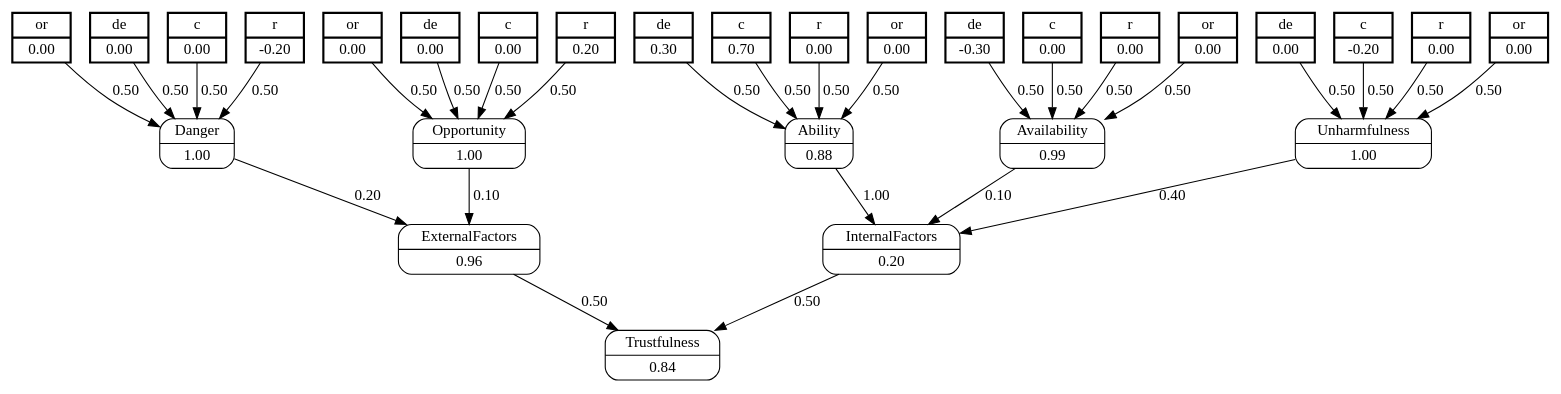
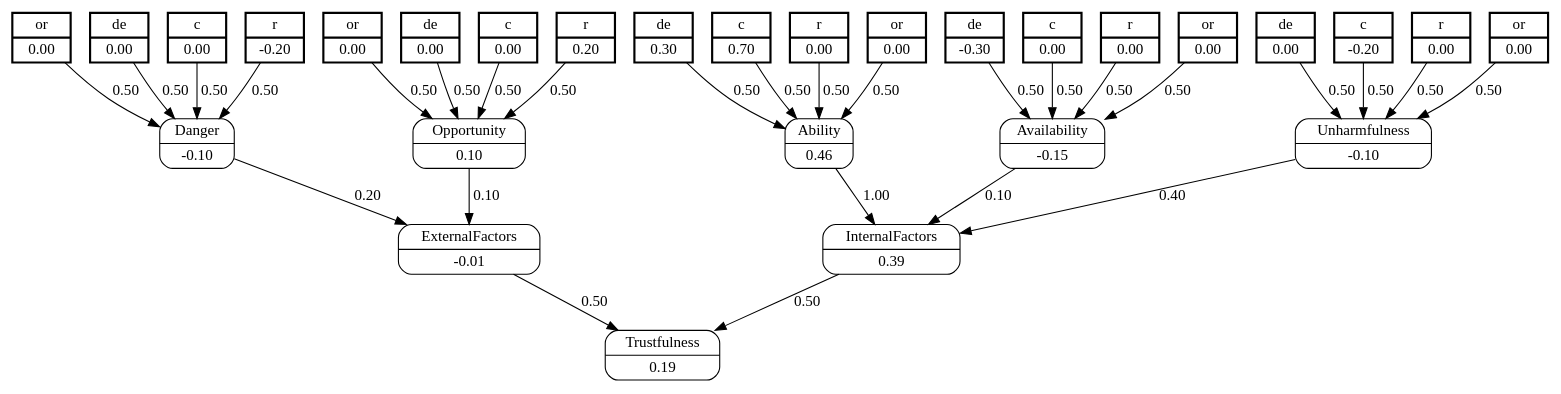
One commit to jjbaqueta/Trust-Model changed the diagram in trustExperiment/dots/fuzzyMap.dot. Above: the diagram before and after it, drawn with Graphviz. The commit also changed 20 other files, not shown here.

```diff
--- a/trustExperiment/dots/fuzzyMap.dot
+++ b/trustExperiment/dots/fuzzyMap.dot
@@ -1,72 +1,72 @@
 digraph FCM_net{
 	node [shape=record, style=rounded]
 	0 [label="{de | 0.30}", style=bold, penwidth=2, peripheries=2];
 	1 [label="{c | 0.70}", style=bold, penwidth=2, peripheries=2];
 	2 [label="{r | 0.00}", style=bold, penwidth=2, peripheries=2];
 	3 [label="{or | 0.00}", style=bold, penwidth=2, peripheries=2];
 	4 [label="{de | -0.30}", style=bold, penwidth=2, peripheries=2];
 	5 [label="{c | 0.00}", style=bold, penwidth=2, peripheries=2];
 	6 [label="{r | 0.00}", style=bold, penwidth=2, peripheries=2];
 	7 [label="{or | 0.00}", style=bold, penwidth=2, peripheries=2];
 	8 [label="{de | 0.00}", style=bold, penwidth=2, peripheries=2];
 	9 [label="{c | -0.20}", style=bold, penwidth=2, peripheries=2];
 	10 [label="{r | 0.00}", style=bold, penwidth=2, peripheries=2];
 	11 [label="{or | 0.00}", style=bold, penwidth=2, peripheries=2];
 	12 [label="{de | 0.00}", style=bold, penwidth=2, peripheries=2];
 	13 [label="{c | 0.00}", style=bold, penwidth=2, peripheries=2];
 	14 [label="{r | 0.20}", style=bold, penwidth=2, peripheries=2];
 	15 [label="{or | 0.00}", style=bold, penwidth=2, peripheries=2];
 	16 [label="{de | 0.00}", style=bold, penwidth=2, peripheries=2];
 	17 [label="{c | 0.00}", style=bold, penwidth=2, peripheries=2];
 	18 [label="{r | -0.20}", style=bold, penwidth=2, peripheries=2];
 	19 [label="{or | 0.00}", style=bold, penwidth=2, peripheries=2];
 	0 [label="{de | 0.30}"];
 	1 [label="{c | 0.70}"];
 	2 [label="{r | 0.00}"];
 	3 [label="{or | 0.00}"];
 	4 [label="{de | -0.30}"];
 	5 [label="{c | 0.00}"];
 	6 [label="{r | 0.00}"];
 	8 [label="{de | 0.00}"];
 	9 [label="{c | -0.20}"];
 	10 [label="{r | 0.00}"];
 	12 [label="{de | 0.00}"];
 	13 [label="{c | 0.00}"];
 	14 [label="{r | 0.20}"];
 	16 [label="{de | 0.00}"];
-	20 [label="{Ability | 0.88}"];
-	21 [label="{Availability | 0.99}"];
-	22 [label="{Unharmfulness | 1.00}"];
-	23 [label="{Opportunity | 1.00}"];
-	24 [label="{Danger | 1.00}"];
-	25 [label="{ExternalFactors | 0.96}"];
-	26 [label="{InternalFactors | 0.20}"];
-	27 [label="{Trustfulness | 0.84}"];
+	20 [label="{Ability | 0.46}"];
+	21 [label="{Availability | -0.15}"];
+	22 [label="{Unharmfulness | -0.10}"];
+	23 [label="{Opportunity | 0.10}"];
+	24 [label="{Danger | -0.10}"];
+	25 [label="{ExternalFactors | -0.01}"];
+	26 [label="{InternalFactors | 0.39}"];
+	27 [label="{Trustfulness | 0.19}"];
 	0 -> 20 [label = "0.50"];
 	1 -> 20 [label = "0.50"];
 	2 -> 20 [label = "0.50"];
 	3 -> 20 [label = "0.50"];
 	4 -> 21 [label = "0.50"];
 	5 -> 21 [label = "0.50"];
 	6 -> 21 [label = "0.50"];
 	7 -> 21 [label = "0.50"];
 	8 -> 22 [label = "0.50"];
 	9 -> 22 [label = "0.50"];
 	10 -> 22 [label = "0.50"];
 	11 -> 22 [label = "0.50"];
 	12 -> 23 [label = "0.50"];
 	13 -> 23 [label = "0.50"];
 	14 -> 23 [label = "0.50"];
 	15 -> 23 [label = "0.50"];
 	16 -> 24 [label = "0.50"];
 	17 -> 24 [label = "0.50"];
 	18 -> 24 [label = "0.50"];
 	19 -> 24 [label = "0.50"];
 	20 -> 26 [label = "1.00"];
 	21 -> 26 [label = "0.10"];
 	22 -> 26 [label = "0.40"];
 	23 -> 25 [label = "0.10"];
 	24 -> 25 [label = "0.20"];
 	25 -> 27 [label = "0.50"];
 	26 -> 27 [label = "0.50"];
 }
```
